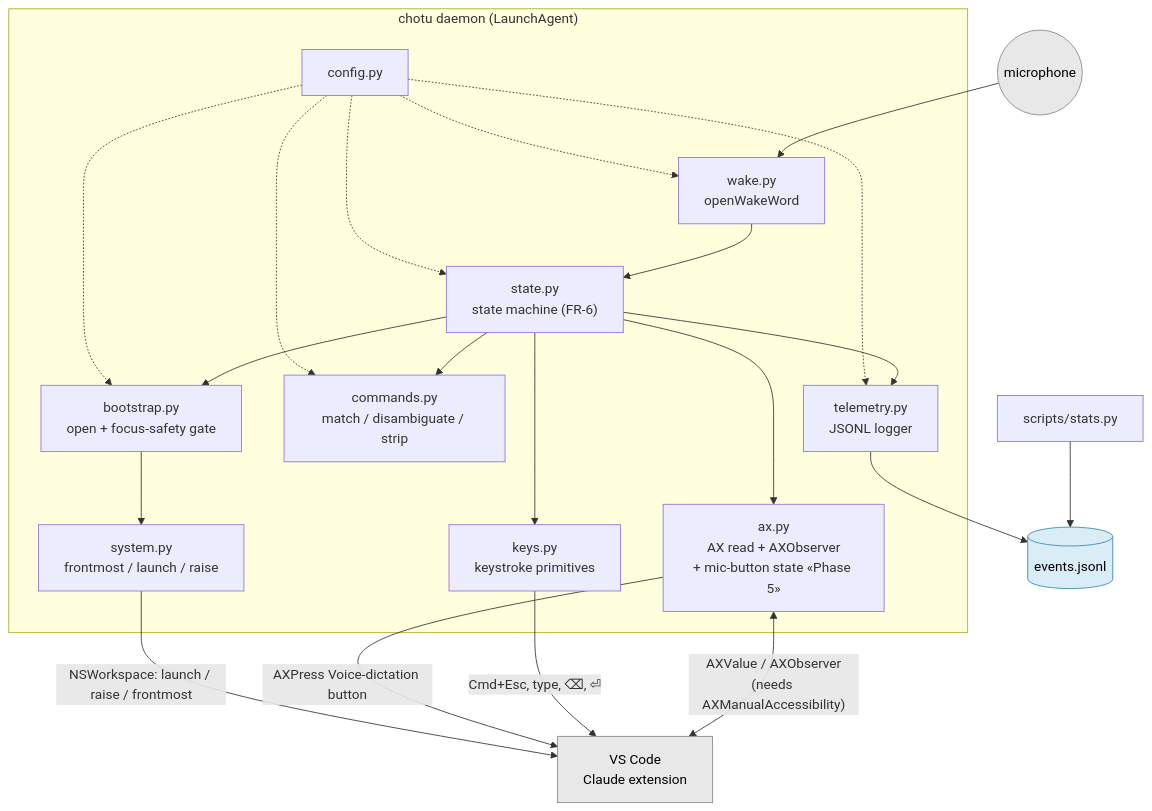
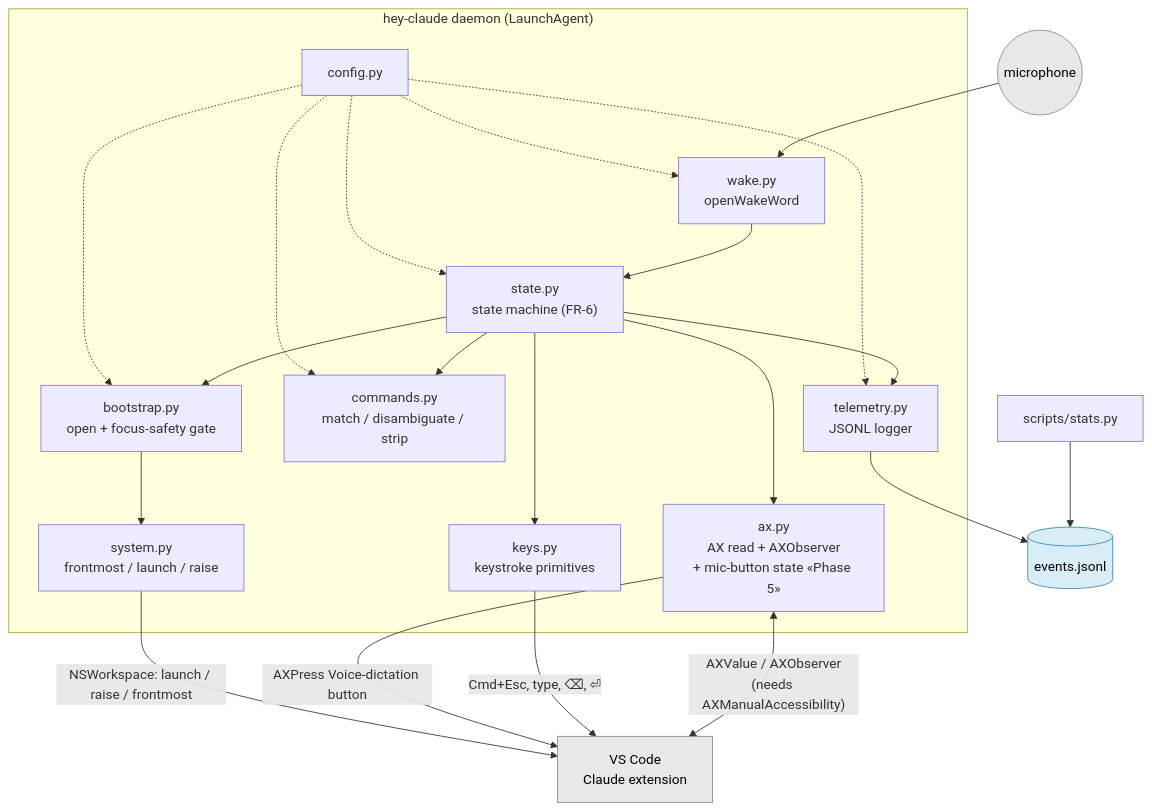
Before and after one commit to utkarshtrivedimdz/hey-claude: the first of 8 diagrams in docs/ARCHITECTURE.md, drawn with Mermaid. The commit also changed other lines of this file and 36 other files, not shown here.

First line of the commit message:
refactor: rebrand chotu -> hey-claude (drop the confusing codename)

````diff
--- a/docs/ARCHITECTURE.md
+++ b/docs/ARCHITECTURE.md
@@ -14,41 +14,41 @@
 ```mermaid
 graph TD
   MIC(("microphone")):::ext
-  subgraph daemon["chotu daemon (LaunchAgent)"]
+  subgraph daemon["hey-claude daemon (LaunchAgent)"]
     W["wake.py<br/>openWakeWord"]
     SM["state.py<br/>state machine (FR-6)"]
     BS["bootstrap.py<br/>open + focus-safety gate"]
     SYS["system.py<br/>frontmost / launch / raise"]
     CMD["commands.py<br/>match / disambiguate / strip"]
     AX["ax.py<br/>AX read + AXObserver<br/>+ mic-button state «Phase 5»"]
     KEYS["keys.py<br/>keystroke primitives"]
     TEL["telemetry.py<br/>JSONL logger"]
     CFG["config.py"]
   end
   VSC["VS Code<br/>Claude extension"]:::ext
   LOG[("events.jsonl")]:::store
   STATS["scripts/stats.py"]
 
   MIC --> W
   W --> SM
   SM --> BS
   SM --> CMD
   SM --> TEL
   SM --> AX
   SM --> KEYS
   BS --> SYS
   AX <-->|"AXValue / AXObserver<br/>(needs AXManualAccessibility)"| VSC
   KEYS -->|"Cmd+Esc, type, ⌫, ⏎"| VSC
   AX -->|"AXPress Voice-dictation button"| VSC
   SYS -->|"NSWorkspace: launch / raise / frontmost"| VSC
   CFG -.-> W
   CFG -.-> SM
   CFG -.-> BS
   CFG -.-> CMD
   CFG -.-> TEL
   TEL --> LOG
   STATS --> LOG
 
   classDef ext fill:#e8e8e8,stroke:#888,color:#000;
   classDef store fill:#d9edf7,stroke:#3a87ad,color:#000;
 ```
````
